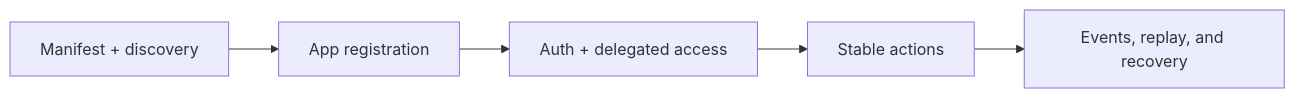
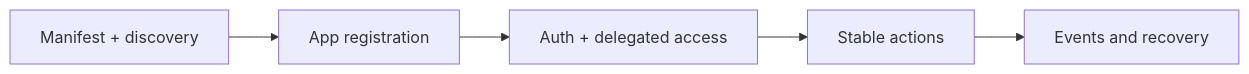
The diagram in docs/examples/protocol-vision-and-purpose.md (TheOpenSocial/openchat), drawn with Mermaid before and after one commit. The commit also changed other lines of this file and 20 other files, not shown here.

````diff
--- a/docs/examples/protocol-vision-and-purpose.md
+++ b/docs/examples/protocol-vision-and-purpose.md
@@ -54,7 +54,7 @@
 ```mermaid
 flowchart LR
     A["Manifest + discovery"] --> B["App registration"]
     B --> C["Auth + delegated access"]
     C --> D["Stable actions"]
-    D --> E["Events, replay, and recovery"]
+    D --> E["Events and recovery"]
 ```
````
